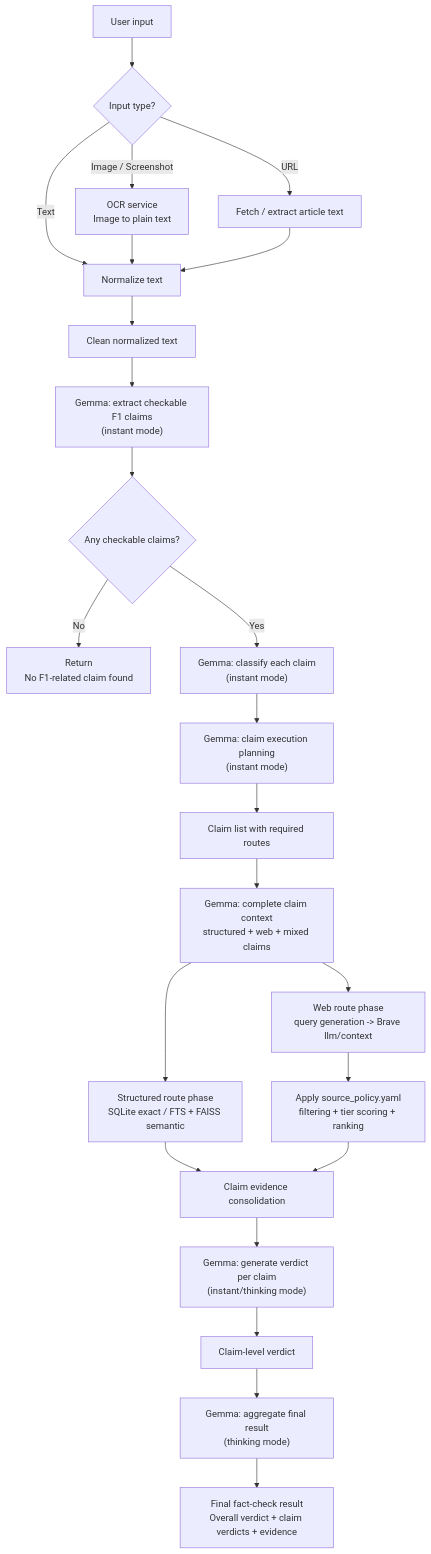
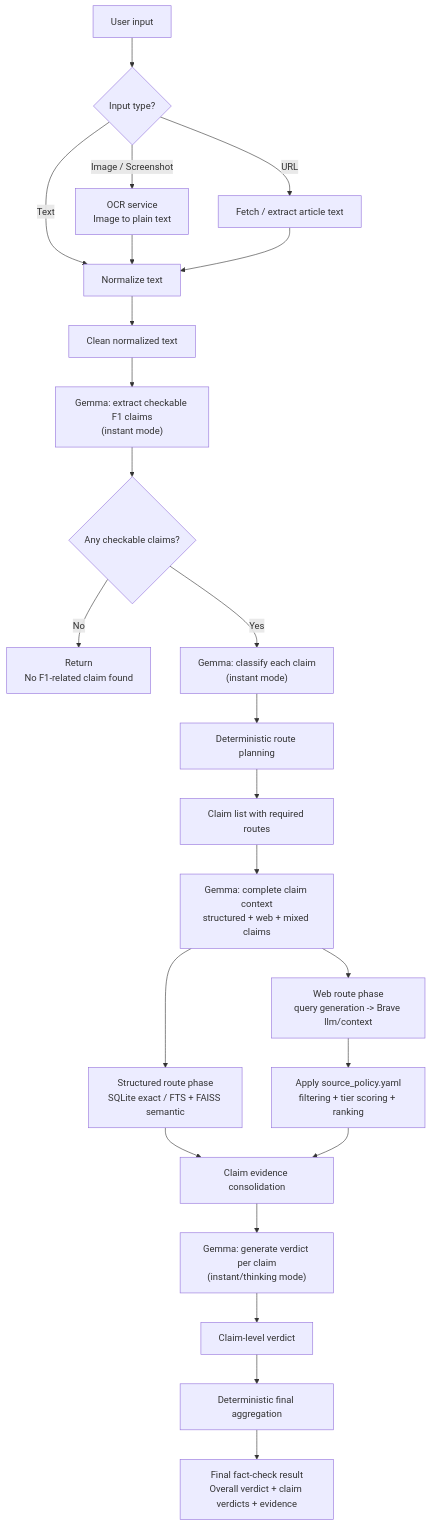
Before and after one commit to viettran-edgeAI/F1_fact_checker: the diagram in README.md, drawn with Mermaid. The commit also changed 11 other files, not shown here.

````diff
--- a/README.md
+++ b/README.md
@@ -57,44 +57,44 @@
 ```mermaid
 flowchart TD
     A["User input"] --> B{"Input type?"}
 
     B -->|Text| C["Normalize text"]
     B -->|Image / Screenshot| D["OCR service<br/>Image to plain text"]
     B -->|URL| E["Fetch / extract article text"]
 
     D --> C
     E --> C
 
     C --> F["Clean normalized text"]
 
     F --> G["Gemma: extract checkable F1 claims<br/>(instant mode)"]
 
     G --> H{"Any checkable claims?"}
 
     H -->|No| I["Return<br/>No F1-related claim found"]
 
     H -->|Yes| J["Gemma: classify each claim<br/>(instant mode)"]
 
-    J --> K["Gemma: claim execution planning<br/>(instant mode)"]
+    J --> K["Deterministic route planning<br/>"]
 
     K --> L["Claim list with required routes"]
 
     L --> U["Gemma: complete claim context<br/>structured + web + mixed claims"]
 
     U --> M["Structured route phase<br/>SQLite exact / FTS + FAISS semantic"]
 
     U --> N["Web route phase<br/>query generation -> Brave llm/context"]
 
     N --> O["Apply source_policy.yaml<br/>filtering + tier scoring + ranking"]
 
     M --> P["Claim evidence consolidation"]
     O --> P
 
     P --> Q["Gemma: generate verdict per claim<br/>(instant/thinking mode)"]
 
     Q --> R["Claim-level verdict"]
 
-    R --> S["Gemma: aggregate final result<br/>(thinking mode)"]
+    R --> S["Deterministic final aggregation"]
 
     S --> T["Final fact-check result<br/>Overall verdict + claim verdicts + evidence"]
 ```
````
